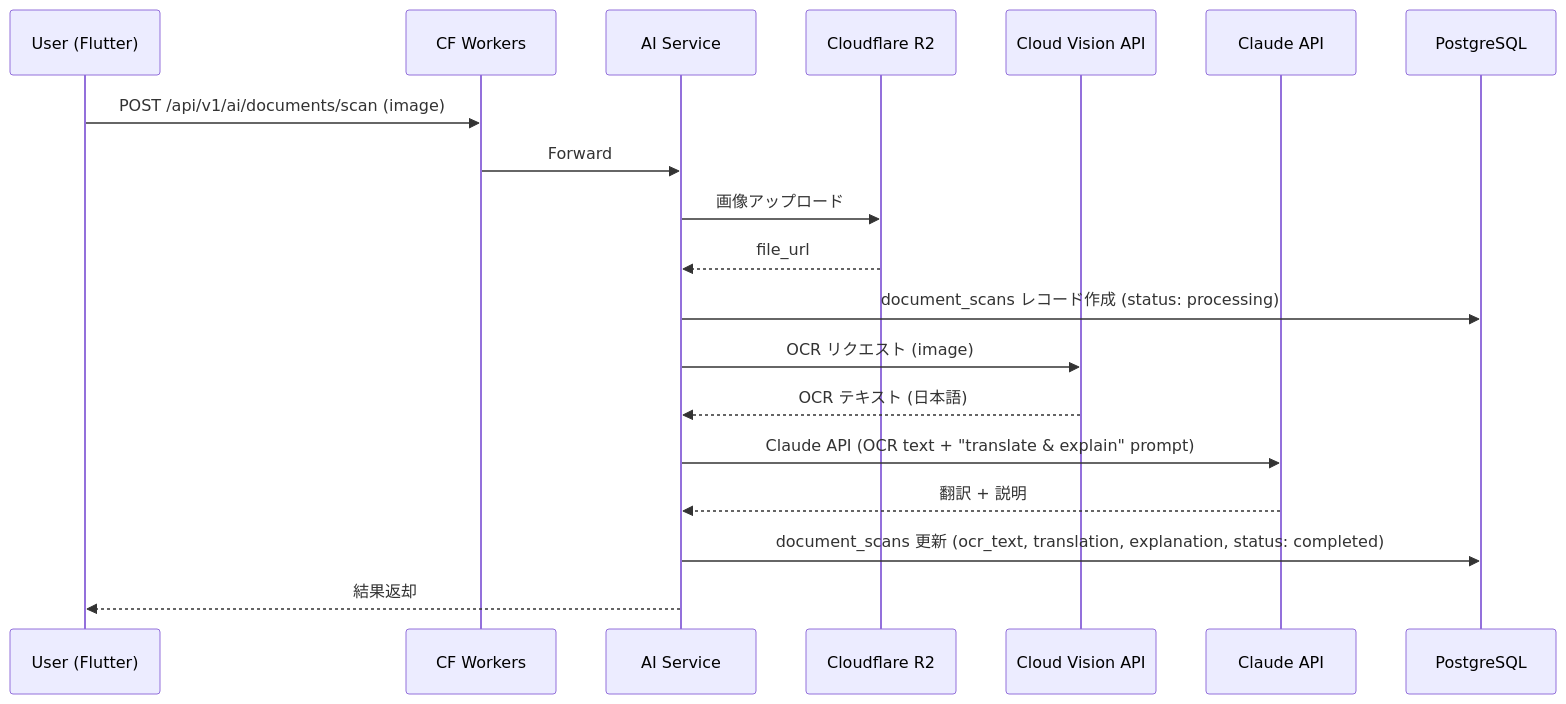
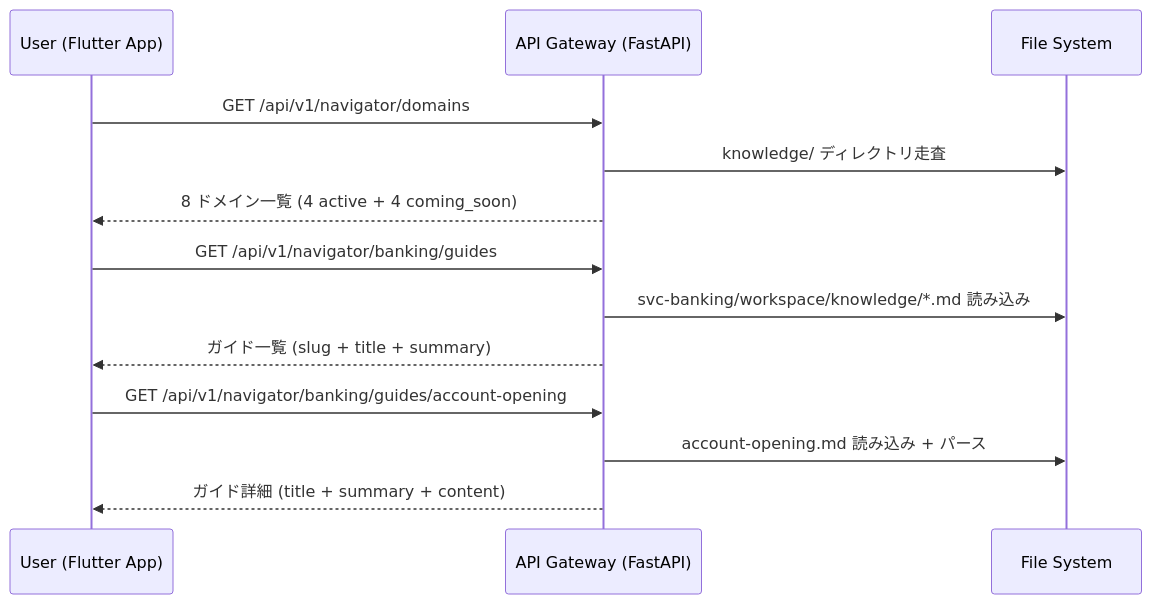
One commit to cjttca-cd/gaijin-life-navi changed the third of 5 diagrams in architecture/SYSTEM_DESIGN.md. Above: the diagram before and after it, drawn with Mermaid. The commit also changed other lines of this file and 30 other files, not shown here.

````diff
--- a/architecture/SYSTEM_DESIGN.md
+++ b/architecture/SYSTEM_DESIGN.md
@@ -165,27 +268,18 @@
 ```mermaid
 sequenceDiagram
-    participant U as User (Flutter)
-    participant CF as CF Workers
-    participant AI as AI Service
-    participant R2 as Cloudflare R2
-    participant GCV as Cloud Vision API
-    participant CL as Claude API
-    participant DB as PostgreSQL
+    participant U as User (Flutter App)
+    participant GW as API Gateway (FastAPI)
+    participant FS as File System
 
-    U->>CF: POST /api/v1/ai/documents/scan (image)
-    CF->>AI: Forward
+    U->>GW: GET /api/v1/navigator/domains
+    GW->>FS: knowledge/ ディレクトリ走査
+    GW-->>U: 8 ドメイン一覧 (4 active + 4 coming_soon)
 
-    AI->>R2: 画像アップロード
-    R2-->>AI: file_url
+    U->>GW: GET /api/v1/navigator/banking/guides
+    GW->>FS: svc-banking/workspace/knowledge/*.md 読み込み
+    GW-->>U: ガイド一覧 (slug + title + summary)
 
-    AI->>DB: document_scans レコード作成 (status: processing)
-
-    AI->>GCV: OCR リクエスト (image)
-    GCV-->>AI: OCR テキスト (日本語)
-
-    AI->>CL: Claude API (OCR text + "translate & explain" prompt)
-    CL-->>AI: 翻訳 + 説明
-
-    AI->>DB: document_scans 更新 (ocr_text, translation, explanation, status: completed)
-    AI-->>U: 結果返却
+    U->>GW: GET /api/v1/navigator/banking/guides/account-opening
+    GW->>FS: account-opening.md 読み込み + パース
+    GW-->>U: ガイド詳細 (title + summary + content)
 ```
````
